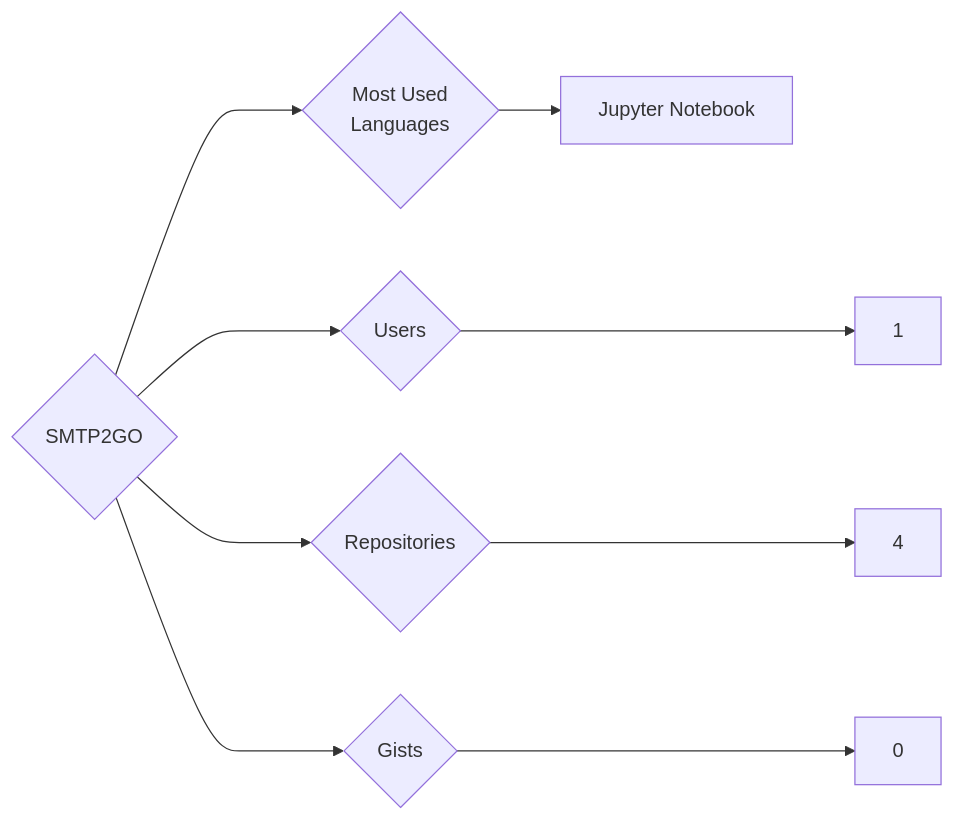
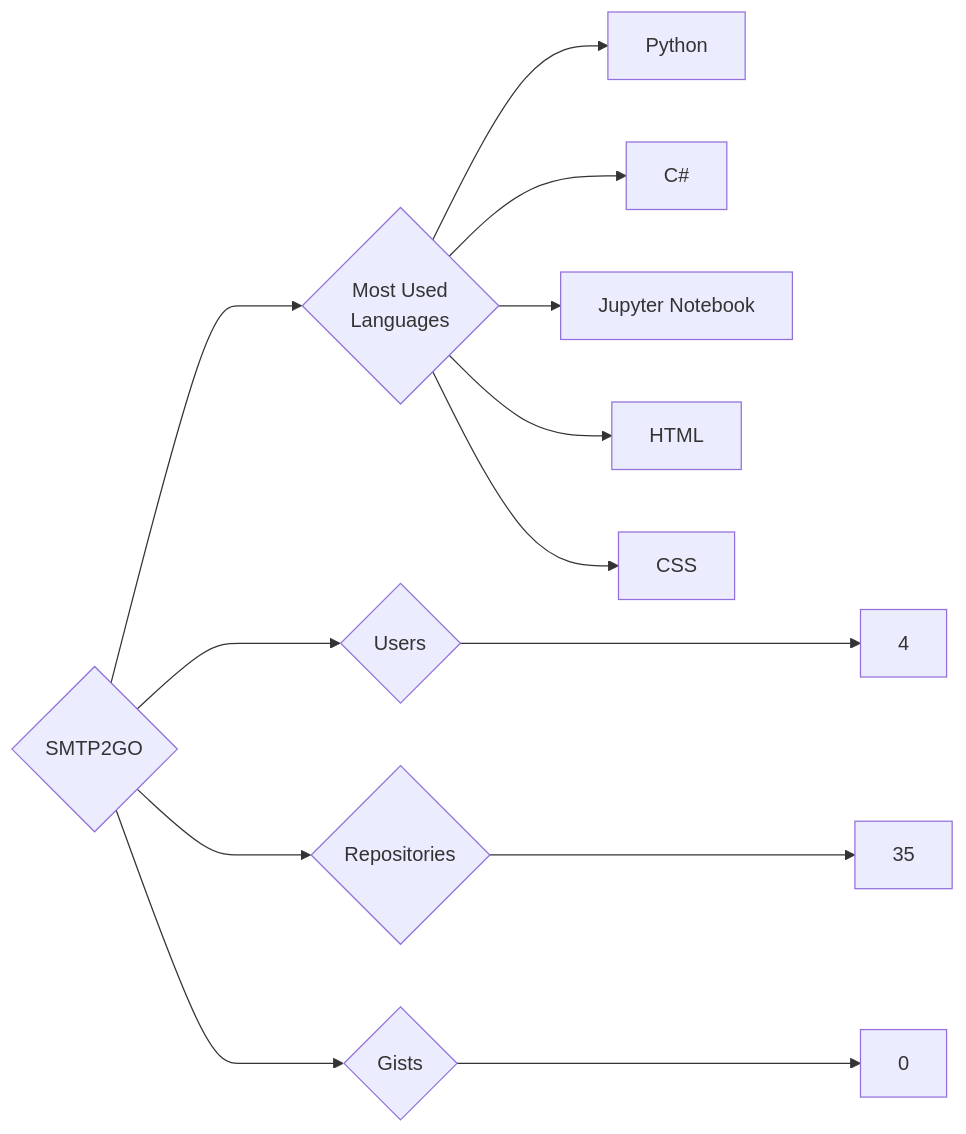
Before and after one commit to trickest/insiders: the diagram in targets/SMTP2GO/README.md, drawn with Mermaid. The commit also changed 725 other files, not shown here.

````diff
--- a/targets/SMTP2GO/README.md
+++ b/targets/SMTP2GO/README.md
@@ -3,9 +3,13 @@
 ```mermaid
 graph LR
 COMPANY_NAME{SMTP2GO}
-COMPANY_NAME ---> U{Users} ---> UN[1]
-COMPANY_NAME ---> R{Repositories} ---> RN[4]
+COMPANY_NAME ---> U{Users} ---> UN[4]
+COMPANY_NAME ---> R{Repositories} ---> RN[35]
 COMPANY_NAME ---> G{Gists} ---> GN[0]
 COMPANY_NAME ---> ML{Most Used<br>Languages}
+ML --> Python[Python]
+ML --> C#[C#]
 ML --> Jupyter_Notebook[Jupyter Notebook]
+ML --> HTML[HTML]
+ML --> CSS[CSS]
 ```
````
